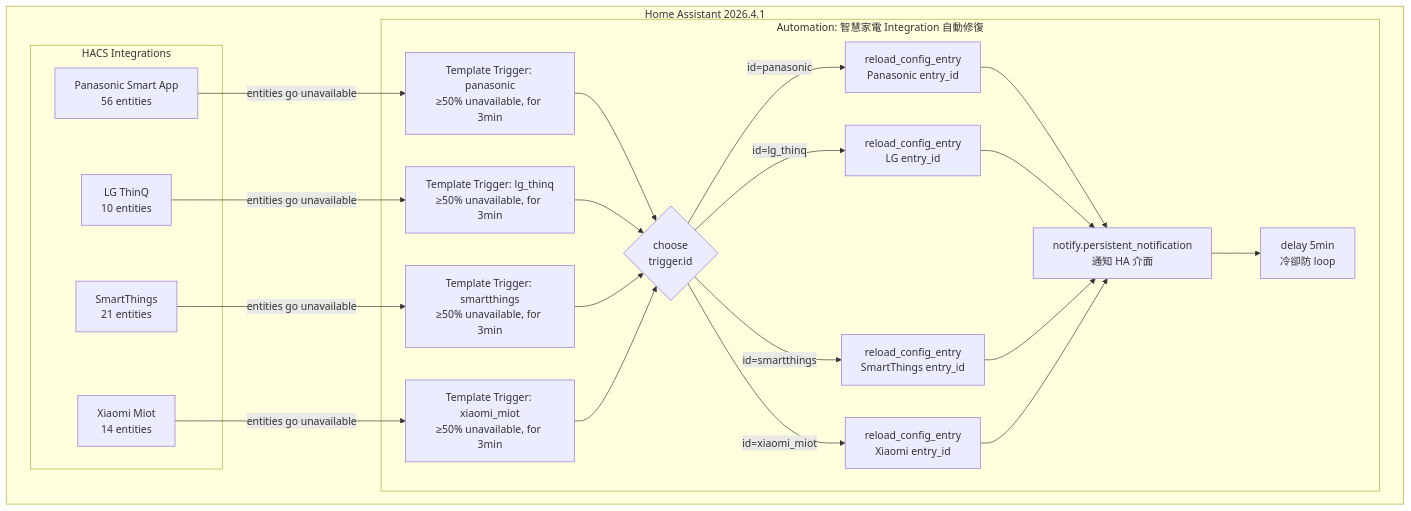
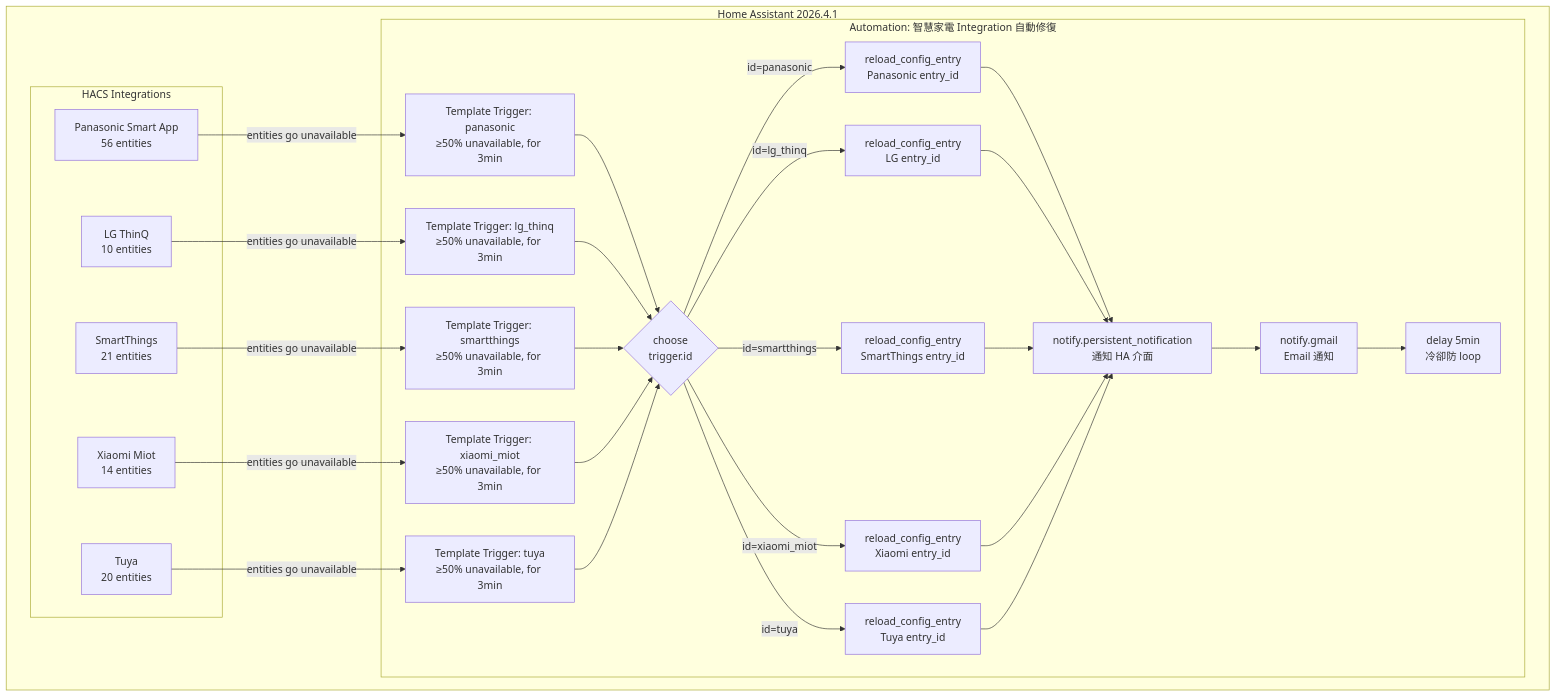
The diagram in homeassistant/integration-watchdog/architecture.md (MansionLai/notebook), drawn with Mermaid before and after one commit. The commit also changed other lines of this file and 1 other file, not shown here.

First line of the commit message:
feat(integration-watchdog): add Tuya integration monitoring

````diff
--- a/homeassistant/integration-watchdog/architecture.md
+++ b/homeassistant/integration-watchdog/architecture.md
@@ -26,49 +26,58 @@
 ```mermaid
 graph TD
     subgraph HA["Home Assistant 2026.4.1"]
         subgraph Integrations["HACS Integrations"]
             P[Panasonic Smart App<br/>56 entities]
             L[LG ThinQ<br/>10 entities]
             S[SmartThings<br/>21 entities]
             X[Xiaomi Miot<br/>14 entities]
+            TU[Tuya<br/>20 entities]
         end
 
         subgraph Automation["Automation: 智慧家電 Integration 自動修復"]
             T1["Template Trigger: panasonic<br/>≥50% unavailable, for 3min"]
             T2["Template Trigger: lg_thinq<br/>≥50% unavailable, for 3min"]
             T3["Template Trigger: smartthings<br/>≥50% unavailable, for 3min"]
             T4["Template Trigger: xiaomi_miot<br/>≥50% unavailable, for 3min"]
+            T5["Template Trigger: tuya<br/>≥50% unavailable, for 3min"]
 
             C{choose<br/>trigger.id}
 
             A1["reload_config_entry<br/>Panasonic entry_id"]
             A2["reload_config_entry<br/>LG entry_id"]
             A3["reload_config_entry<br/>SmartThings entry_id"]
             A4["reload_config_entry<br/>Xiaomi entry_id"]
+            A5["reload_config_entry<br/>Tuya entry_id"]
 
             N["notify.persistent_notification<br/>通知 HA 介面"]
+            G["notify.gmail<br/>Email 通知"]
             D["delay 5min<br/>冷卻防 loop"]
         end
     end
 
     P -- "entities go unavailable" --> T1
     L -- "entities go unavailable" --> T2
     S -- "entities go unavailable" --> T3
     X -- "entities go unavailable" --> T4
+    TU -- "entities go unavailable" --> T5
 
     T1 --> C
     T2 --> C
     T3 --> C
     T4 --> C
+    T5 --> C
 
     C -- "id=panasonic" --> A1
     C -- "id=lg_thinq" --> A2
     C -- "id=smartthings" --> A3
     C -- "id=xiaomi_miot" --> A4
+    C -- "id=tuya" --> A5
 
     A1 --> N
     A2 --> N
     A3 --> N
     A4 --> N
-    N --> D
+    A5 --> N
+    N --> G
+    G --> D
 ```
````
